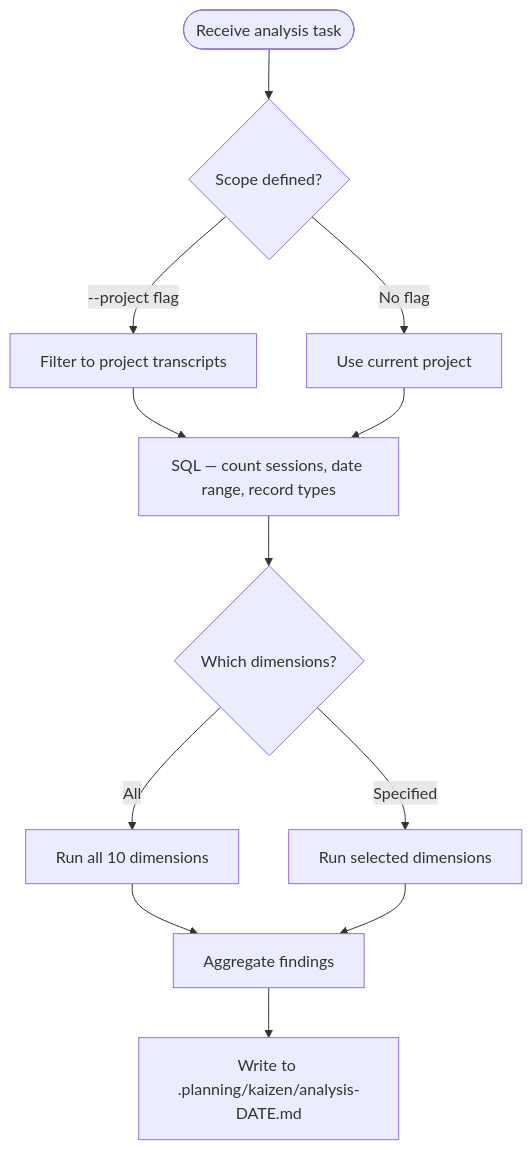
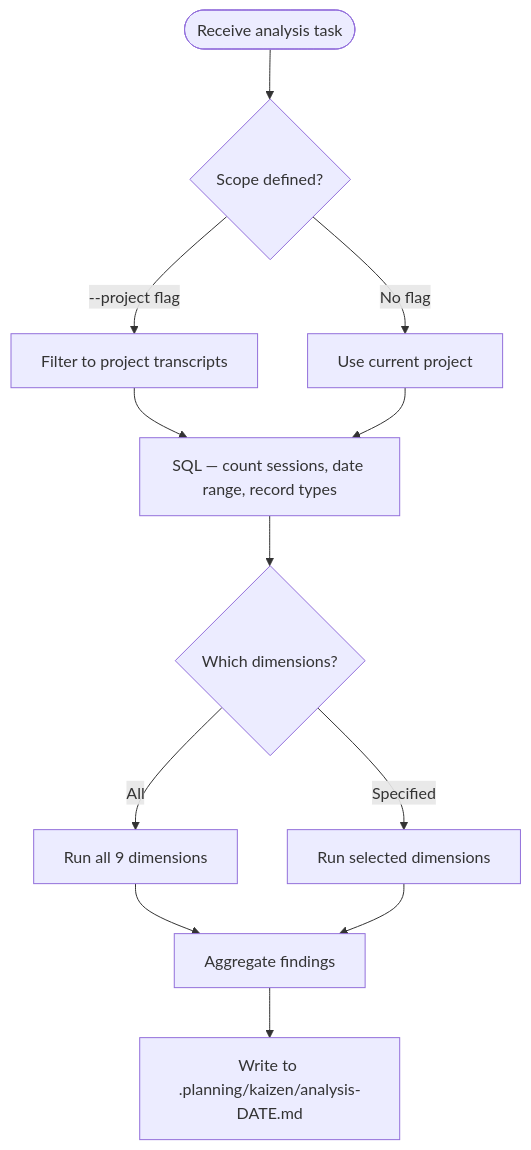
One commit to Jamie-BitFlight/claude_skills changed the diagram in plugins/agentskill-kaizen/skills/transcript-analysis/SKILL.md. Above: the diagram before and after it, drawn with Mermaid. The commit also changed other lines of this file and 33 other files, not shown here.

````diff
--- a/plugins/agentskill-kaizen/skills/transcript-analysis/SKILL.md
+++ b/plugins/agentskill-kaizen/skills/transcript-analysis/SKILL.md
@@ -123,14 +112,14 @@
 ```mermaid
 flowchart TD
     Start([Receive analysis task]) --> Scope{Scope defined?}
     Scope -->|--project flag| Project[Filter to project transcripts]
     Scope -->|No flag| Default[Use current project]
     Project --> Discover[SQL — count sessions, date range, record types]
     Default --> Discover
     Discover --> Dimensions{Which dimensions?}
-    Dimensions -->|All| RunAll[Run all 10 dimensions]
+    Dimensions -->|All| RunAll[Run all 9 dimensions]
     Dimensions -->|Specified| RunSelected[Run selected dimensions]
     RunAll --> Aggregate[Aggregate findings]
     RunSelected --> Aggregate
     Aggregate --> Write[Write to .planning/kaizen/analysis-DATE.md]
 ```
````
